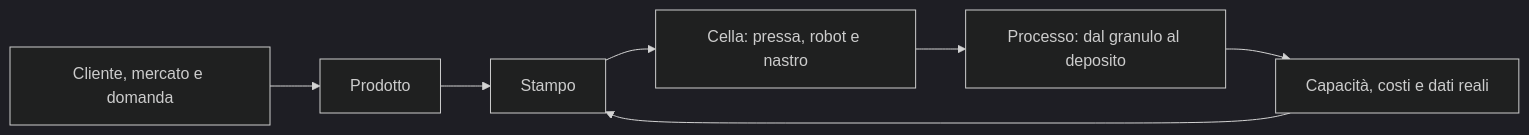
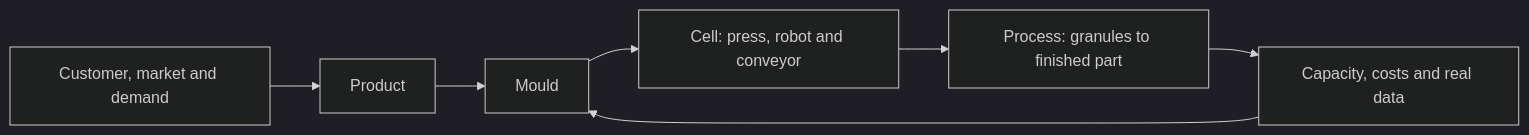
One commit to MarDan93/pca-process-monitor changed the diagram in docs/product/README.md. Above: the diagram before and after it, drawn with Mermaid (dark theme). The commit also changed other lines of this file and 38 other files, not shown here.

````diff
--- a/docs/product/README.md
+++ b/docs/product/README.md
@@ -5,9 +7,9 @@
 ```mermaid
 flowchart LR
-    A[Cliente, mercato e domanda] --> B[Prodotto]
-    B --> C[Stampo]
-    C --> D[Cella: pressa, robot e nastro]
-    D --> E[Processo: dal granulo al deposito]
-    E --> F[Capacità, costi e dati reali]
+    A[Customer, market and demand] --> B[Product]
+    B --> C[Mould]
+    C --> D[Cell: press, robot and conveyor]
+    D --> E[Process: granules to finished part]
+    E --> F[Capacity, costs and real data]
     F --> C
 ```
````
